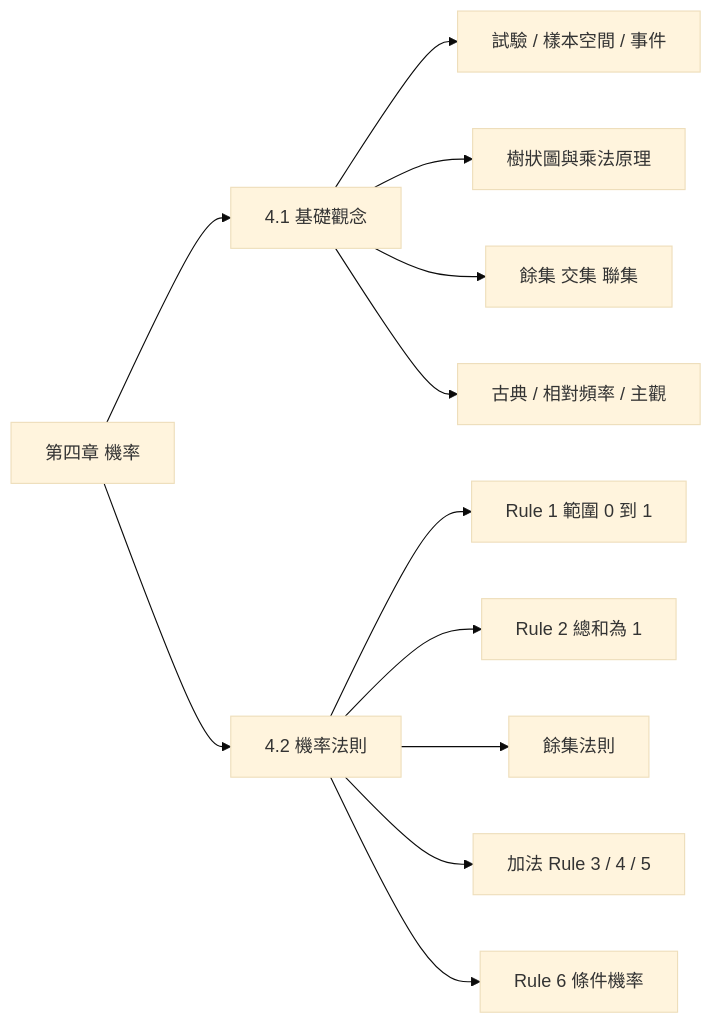
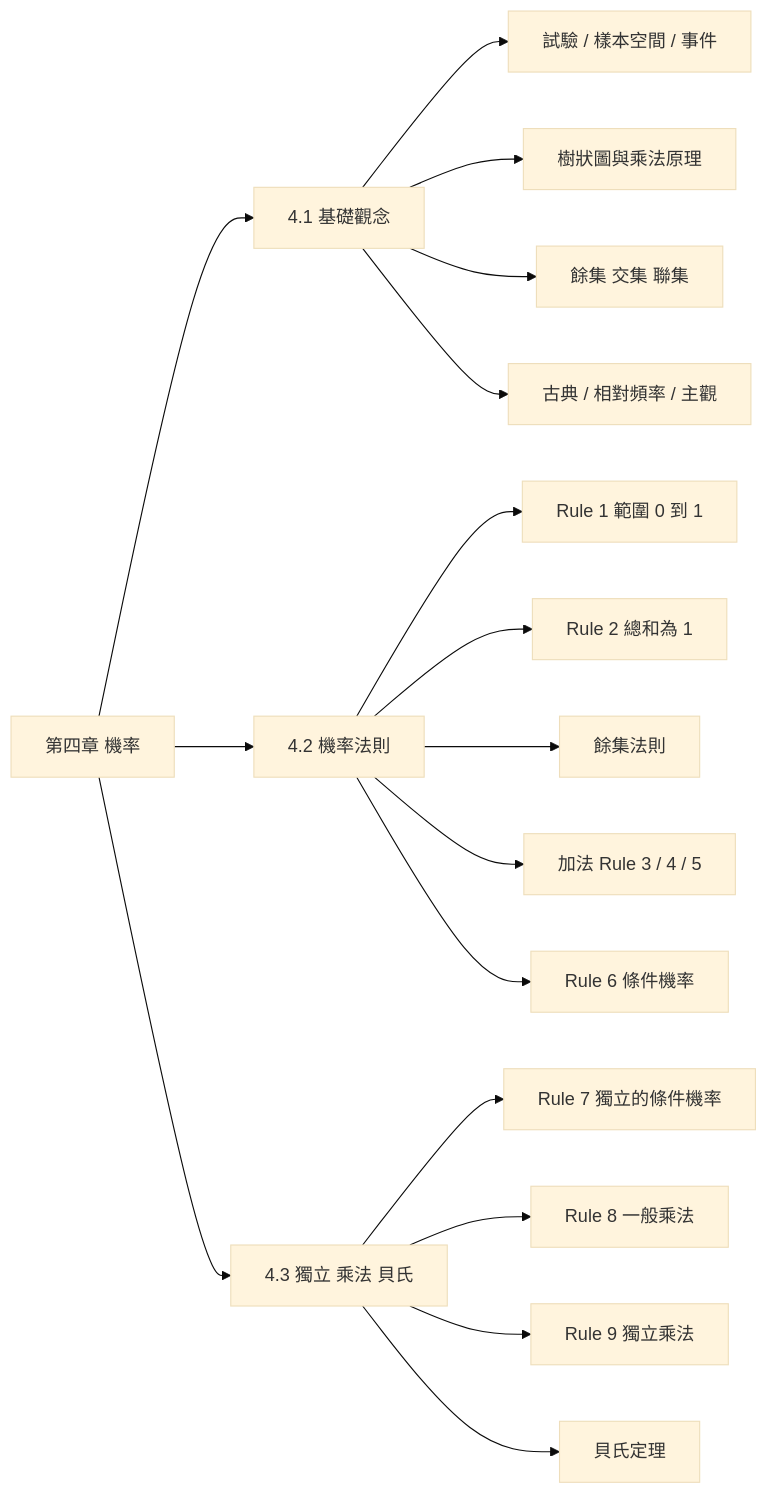
Before and after one commit to TW-RF54732/zyninote_notes: the first of 4 diagrams in 115上/business-statistics/ch4-probability.mdx, drawn with Mermaid (base theme). The commit also changed other lines of this file and 37 other files, not shown here.

````diff
--- a/115上/business-statistics/ch4-probability.mdx
+++ b/115上/business-statistics/ch4-probability.mdx
@@ -40,14 +87,19 @@
 ```mermaid
 graph LR
   R[第四章 機率] --> A[4.1 基礎觀念]
   R --> B[4.2 機率法則]
   A --> A1[試驗 / 樣本空間 / 事件]
   A --> A2[樹狀圖與乘法原理]
   A --> A3[餘集 交集 聯集]
   A --> A4[古典 / 相對頻率 / 主觀]
   B --> B1[Rule 1 範圍 0 到 1]
   B --> B2[Rule 2 總和為 1]
   B --> B3[餘集法則]
   B --> B4[加法 Rule 3 / 4 / 5]
   B --> B5[Rule 6 條件機率]
+  R --> C[4.3 獨立 乘法 貝氏]
+  C --> C1[Rule 7 獨立的條件機率]
+  C --> C2[Rule 8 一般乘法]
+  C --> C3[Rule 9 獨立乘法]
+  C --> C4[貝氏定理]
 ```
````
